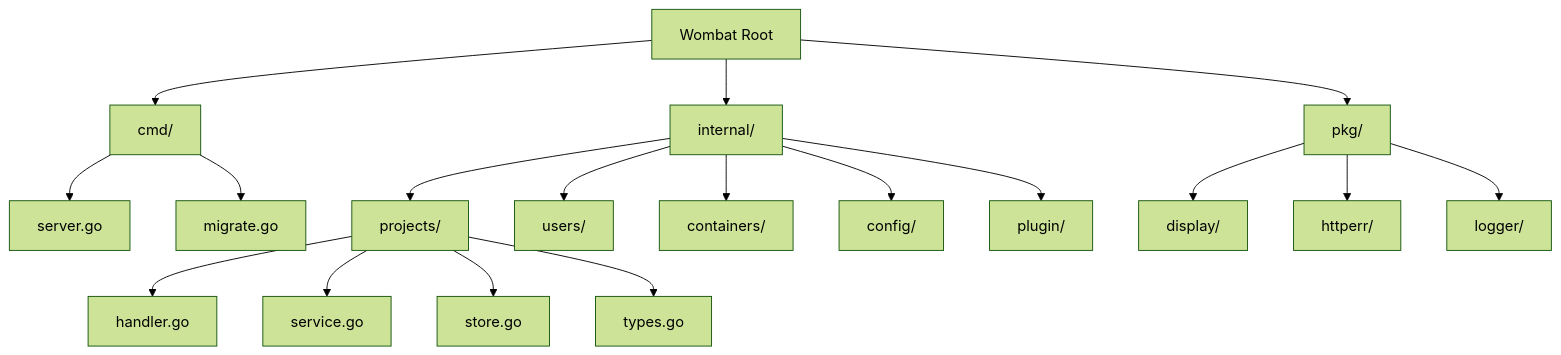
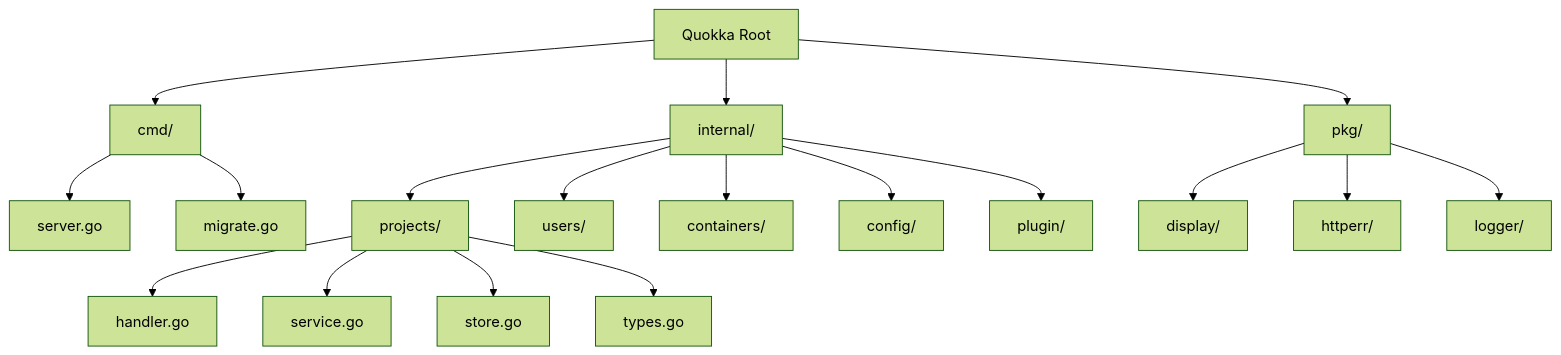
Before and after one commit to searge/quokka: the second of 9 diagrams in docs/ARCHITECTURE.md, drawn with Mermaid (forest theme). The commit also changed other lines of this file and 4 other files, not shown here.

````diff
--- a/docs/ARCHITECTURE.md
+++ b/docs/ARCHITECTURE.md
@@ -60,26 +60,26 @@
 ```mermaid
 flowchart TB
-    Root[Wombat Root]
+    Root[Quokka Root]
 
     Root --> CMD[cmd/]
     Root --> Internal[internal/]
     Root --> PKG[pkg/]
 
     CMD --> Server[server.go]
     CMD --> Migrate[migrate.go]
 
     Internal --> Projects[projects/]
     Internal --> Users[users/]
     Internal --> Containers[containers/]
     Internal --> Config[config/]
     Internal --> Plugin[plugin/]
 
     Projects --> ProjHandler[handler.go]
     Projects --> ProjService[service.go]
     Projects --> ProjStore[store.go]
     Projects --> ProjTypes[types.go]
 
     PKG --> Display[display/]
     PKG --> HTTP[httperr/]
     PKG --> Logger[logger/]
 ```
````
